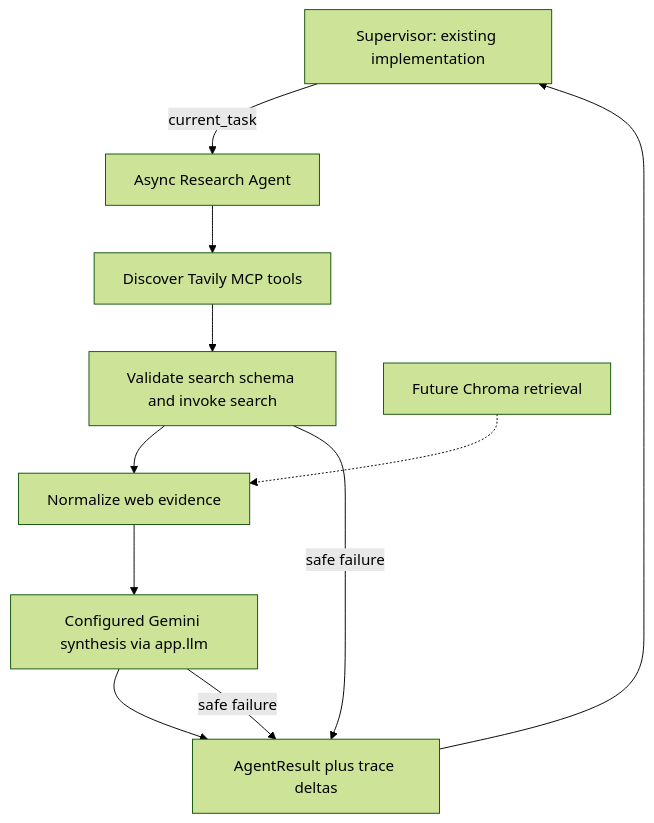
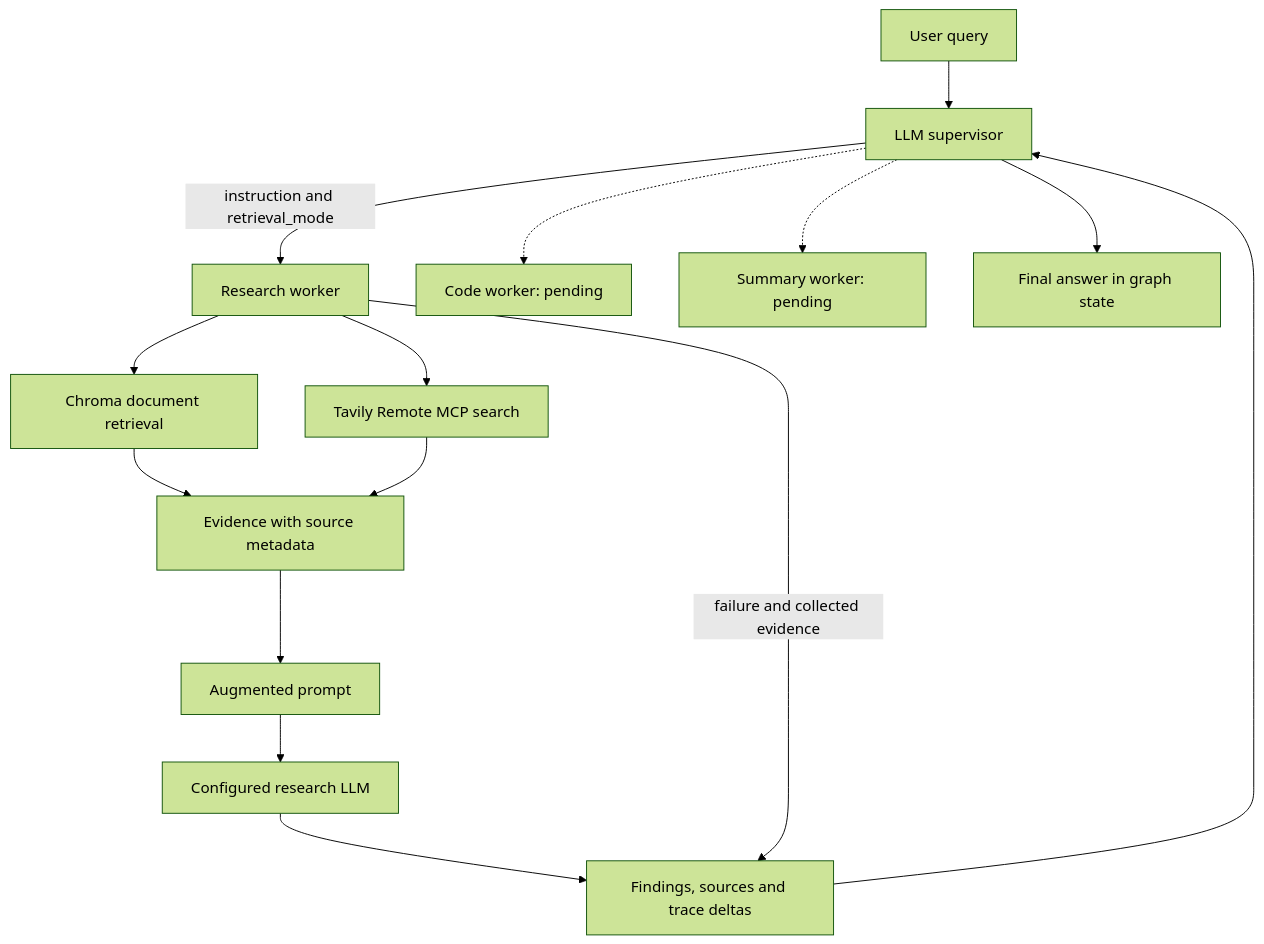
One commit to Viswabharathi-K-A/Multi-agent-rag-research-assistant changed the diagram in docs/architecture.md. Above: the diagram before and after it, drawn with Mermaid (forest theme). The commit also changed other lines of this file and 1 other file, not shown here.

````diff
--- a/docs/architecture.md
+++ b/docs/architecture.md
@@ -9,13 +26,17 @@
 ```mermaid
 flowchart TD
-    S[Supervisor: existing implementation] -->|current_task| R[Async Research Agent]
-    R --> D[Discover Tavily MCP tools]
-    D --> T[Validate search schema and invoke search]
-    T --> E[Normalize web evidence]
-    E --> G[Configured Gemini synthesis via app.llm]
-    G --> A[AgentResult plus trace deltas]
-    T -->|safe failure| A
-    G -->|safe failure| A
-    A --> S
-    C[Future Chroma retrieval] -.-> E
+    Q[User query] --> S[LLM supervisor]
+    S -->|instruction and retrieval_mode| R[Research worker]
+    R --> D[Chroma document retrieval]
+    R --> W[Tavily Remote MCP search]
+    D --> E[Evidence with source metadata]
+    W --> E
+    E --> P[Augmented prompt]
+    P --> L[Configured research LLM]
+    L --> O[Findings, sources and trace deltas]
+    R -->|failure and collected evidence| O
+    O --> S
+    S -.-> C[Code worker: pending]
+    S -.-> U[Summary worker: pending]
+    S --> F[Final answer in graph state]
 ```
````
